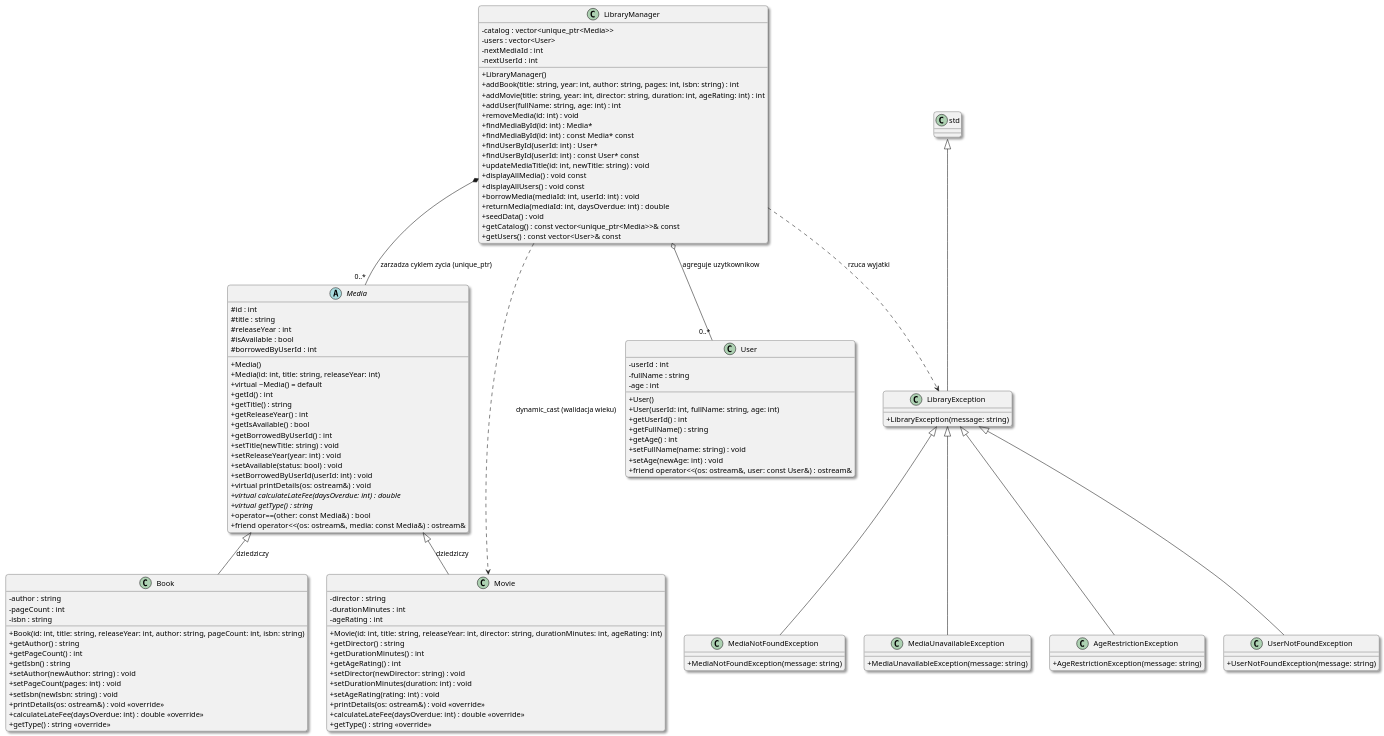
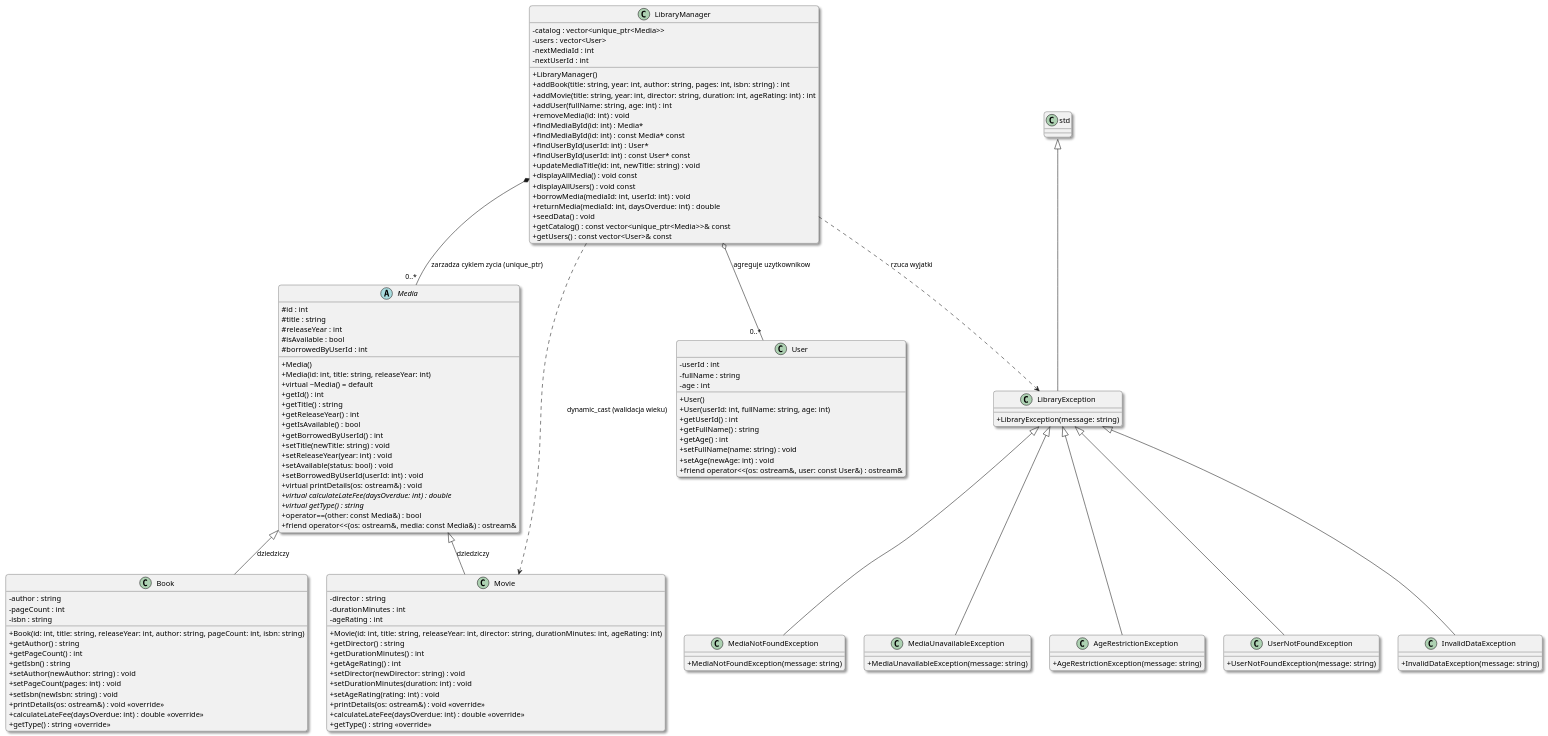
The diagram in docs/UML.puml (dominids/media_library_system), drawn with PlantUML before and after one commit. The commit also changed 9 other files, not shown here.

Commit message:
dodanie rygorystycznej walidacji danych wejsciowych oraz wyjatku InvalidDataException

```diff
--- a/docs/UML.puml
+++ b/docs/UML.puml
@@ -1,141 +1,146 @@
 @startuml
 skinparam classAttributeIconSize 0
 skinparam monochrome false
 skinparam roundcorner 10
 skinparam shadowing true
 
 abstract class Media {
     # id : int
     # title : string
     # releaseYear : int
     # isAvailable : bool
     # borrowedByUserId : int
     + Media()
     + Media(id: int, title: string, releaseYear: int)
     + virtual ~Media() = default
     + getId() : int
     + getTitle() : string
     + getReleaseYear() : int
     + getIsAvailable() : bool
     + getBorrowedByUserId() : int
     + setTitle(newTitle: string) : void
     + setReleaseYear(year: int) : void
     + setAvailable(status: bool) : void
     + setBorrowedByUserId(userId: int) : void
     + virtual printDetails(os: ostream&) : void
     + {abstract} virtual calculateLateFee(daysOverdue: int) : double
     + {abstract} virtual getType() : string
     + operator==(other: const Media&) : bool
     + friend operator<<(os: ostream&, media: const Media&) : ostream&
 }
 
 class Book {
     - author : string
     - pageCount : int
     - isbn : string
     + Book(id: int, title: string, releaseYear: int, author: string, pageCount: int, isbn: string)
     + getAuthor() : string
     + getPageCount() : int
     + getIsbn() : string
     + setAuthor(newAuthor: string) : void
     + setPageCount(pages: int) : void
     + setIsbn(newIsbn: string) : void
     + printDetails(os: ostream&) : void <<override>>
     + calculateLateFee(daysOverdue: int) : double <<override>>
     + getType() : string <<override>>
 }
 
 class Movie {
     - director : string
     - durationMinutes : int
     - ageRating : int
     + Movie(id: int, title: string, releaseYear: int, director: string, durationMinutes: int, ageRating: int)
     + getDirector() : string
     + getDurationMinutes() : int
     + getAgeRating() : int
     + setDirector(newDirector: string) : void
     + setDurationMinutes(duration: int) : void
     + setAgeRating(rating: int) : void
     + printDetails(os: ostream&) : void <<override>>
     + calculateLateFee(daysOverdue: int) : double <<override>>
     + getType() : string <<override>>
 }
 
 class User {
     - userId : int
     - fullName : string
     - age : int
     + User()
     + User(userId: int, fullName: string, age: int)
     + getUserId() : int
     + getFullName() : string
     + getAge() : int
     + setFullName(name: string) : void
     + setAge(newAge: int) : void
     + friend operator<<(os: ostream&, user: const User&) : ostream&
 }
 
 class LibraryException {
     + LibraryException(message: string)
 }
 
 class MediaNotFoundException {
     + MediaNotFoundException(message: string)
 }
 
 class MediaUnavailableException {
     + MediaUnavailableException(message: string)
 }
 
 class AgeRestrictionException {
     + AgeRestrictionException(message: string)
 }
 
 class UserNotFoundException {
     + UserNotFoundException(message: string)
 }
 
+class InvalidDataException {
+    + InvalidDataException(message: string)
+}
+
 class LibraryManager {
     - catalog : vector<unique_ptr<Media>>
     - users : vector<User>
     - nextMediaId : int
     - nextUserId : int
     + LibraryManager()
     + addBook(title: string, year: int, author: string, pages: int, isbn: string) : int
     + addMovie(title: string, year: int, director: string, duration: int, ageRating: int) : int
     + addUser(fullName: string, age: int) : int
     + removeMedia(id: int) : void
     + findMediaById(id: int) : Media*
     + findMediaById(id: int) : const Media* const
     + findUserById(userId: int) : User*
     + findUserById(userId: int) : const User* const
     + updateMediaTitle(id: int, newTitle: string) : void
     + displayAllMedia() : void const
     + displayAllUsers() : void const
     + borrowMedia(mediaId: int, userId: int) : void
     + returnMedia(mediaId: int, daysOverdue: int) : double
     + seedData() : void
     + getCatalog() : const vector<unique_ptr<Media>>& const
     + getUsers() : const vector<User>& const
 }
 
 ' Dziedziczenie
 Media <|-- Book : dziedziczy
 Media <|-- Movie : dziedziczy
 
 ' Hierarchia wyjatkow
 std::runtime_error <|-- LibraryException
 LibraryException <|-- MediaNotFoundException
 LibraryException <|-- MediaUnavailableException
 LibraryException <|-- AgeRestrictionException
 LibraryException <|-- UserNotFoundException
+LibraryException <|-- InvalidDataException
 
 ' Kompozycja i agregacja
 LibraryManager *-- "0..*" Media : zarzadza cyklem zycia (unique_ptr)
 LibraryManager o-- "0..*" User : agreguje uzytkownikow
 
 ' Zaleznosci
 LibraryManager ..> LibraryException : rzuca wyjatki
 LibraryManager ..> Movie : dynamic_cast (walidacja wieku)
 
 @enduml
```
